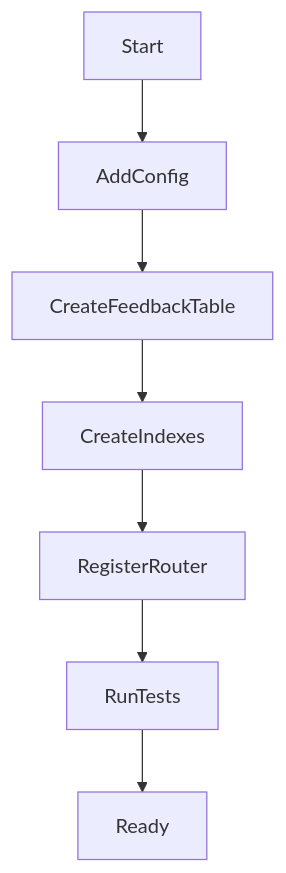
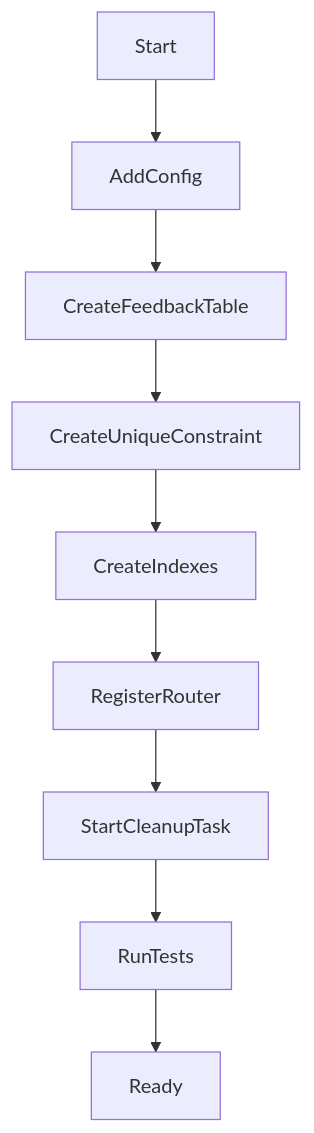
Before and after one commit to aierdong/a3-cbr: the sixth of 6 diagrams in .kiro/specs/recommendation-feedback/design.md, drawn with Mermaid. The commit also changed other lines of this file and 4 other files, not shown here.

````diff
--- a/.kiro/specs/recommendation-feedback/design.md
+++ b/.kiro/specs/recommendation-feedback/design.md
@@ -501,9 +635,11 @@
 ```mermaid
 flowchart TD
     Start[Start] --> Config[AddConfig]
     Config --> Table[CreateFeedbackTable]
-    Table --> Index[CreateIndexes]
+    Table --> Constraint[CreateUniqueConstraint]
+    Constraint --> Index[CreateIndexes]
     Index --> Router[RegisterRouter]
-    Router --> Tests[RunTests]
+    Router --> Cleanup[StartCleanupTask]
+    Cleanup --> Tests[RunTests]
     Tests --> Ready[Ready]
 ```
````
